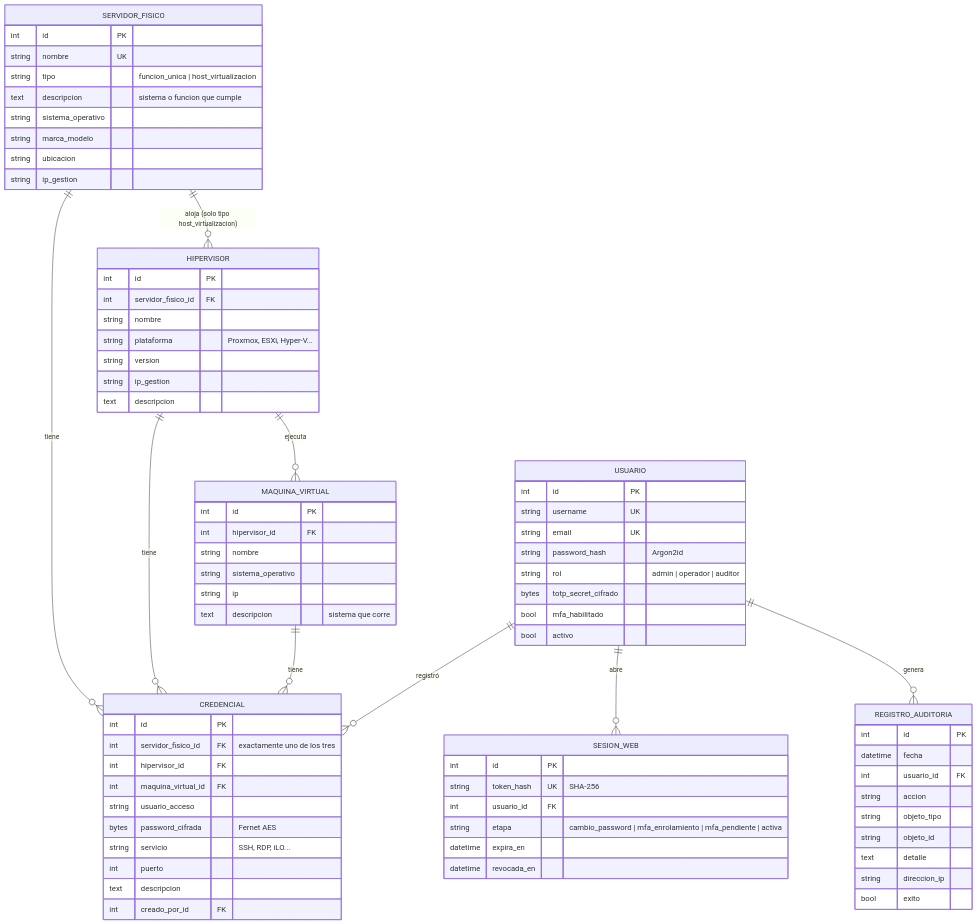
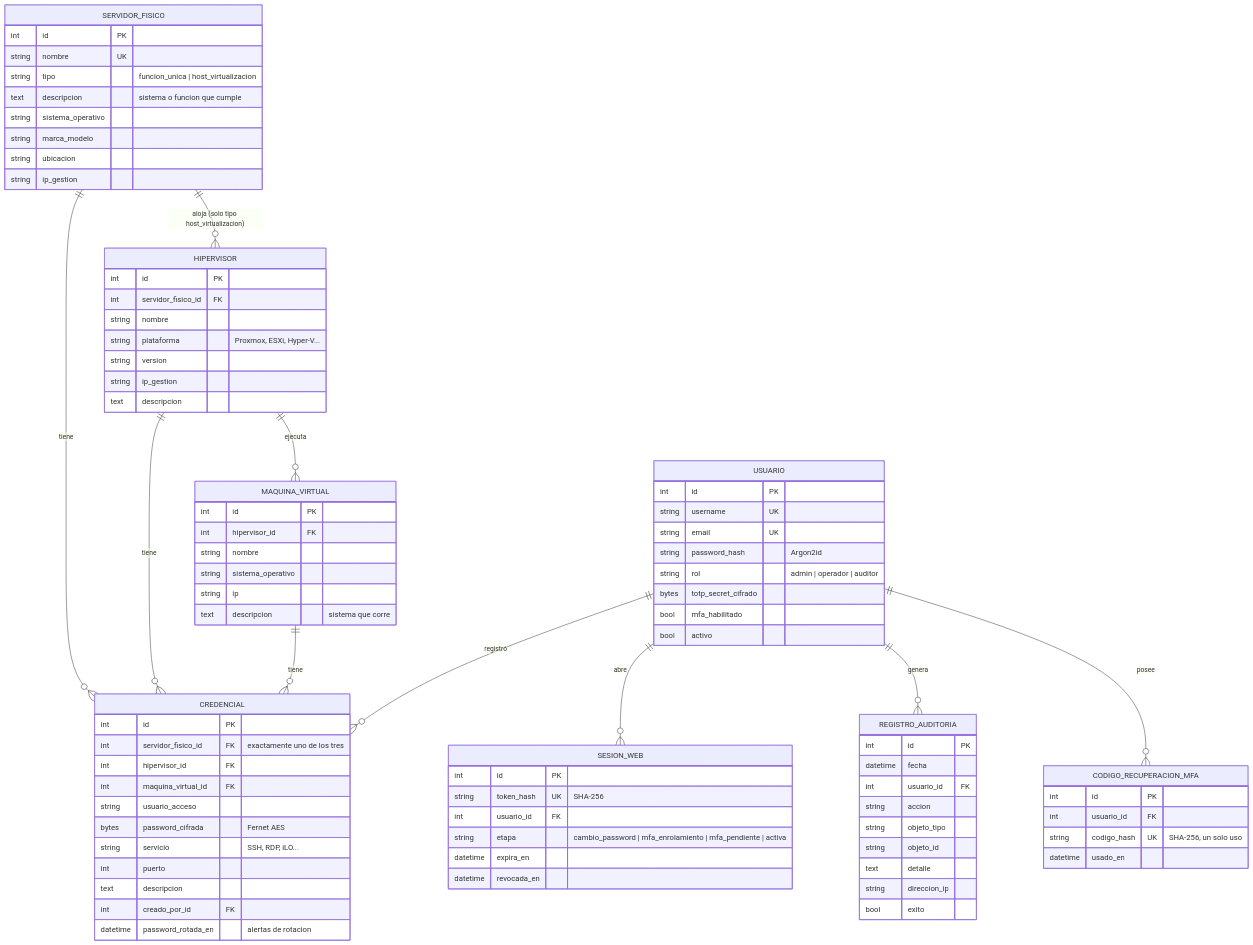
The diagram in docs/modelo-datos.md (sr-juanchii/passwd), drawn with Mermaid before and after one commit. The commit also changed 24 other files, not shown here.

First line of the commit message:
Adiciones aprobadas: generador de contraseñas, alertas de rotación, respaldo cifrado y códigos de recuperación MFA

```diff
--- a/docs/modelo-datos.md
+++ b/docs/modelo-datos.md
@@ -14,6 +14,7 @@
     USUARIO ||--o{ SESION_WEB : "abre"
     USUARIO ||--o{ CREDENCIAL : "registró"
     USUARIO ||--o{ REGISTRO_AUDITORIA : "genera"
+    USUARIO ||--o{ CODIGO_RECUPERACION_MFA : "posee"
 
     SERVIDOR_FISICO {
         int id PK
@@ -53,6 +54,13 @@
         int puerto
         text descripcion
         int creado_por_id FK
+        datetime password_rotada_en "alertas de rotacion"
+    }
+    CODIGO_RECUPERACION_MFA {
+        int id PK
+        int usuario_id FK
+        string codigo_hash UK "SHA-256, un solo uso"
+        datetime usado_en
     }
     USUARIO {
         int id PK
```
